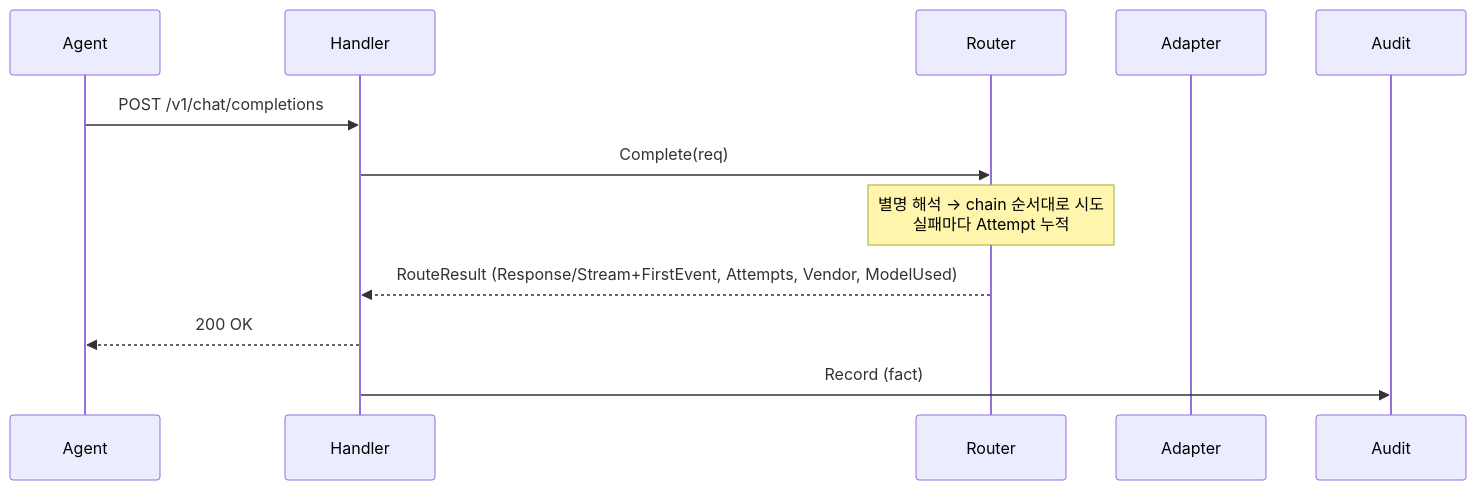
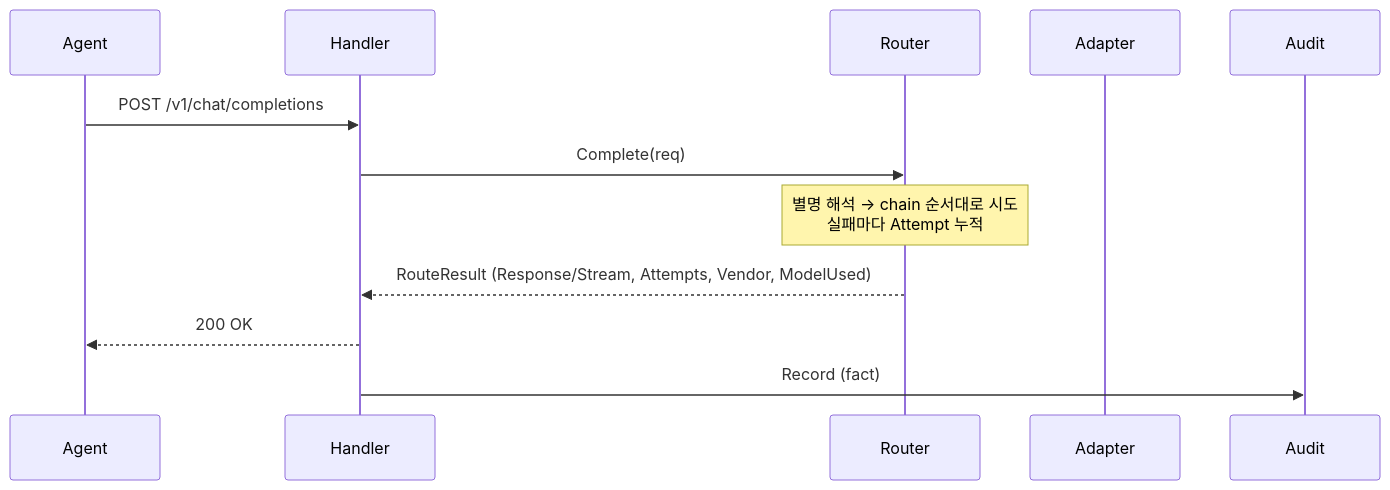
The second of 2 diagrams in docs/architecture.md (cagojeiger/llmgate), drawn with Mermaid before and after one commit. The commit also changed other lines of this file and 5 other files, not shown here.

Commit message:
Add ADRs 003-007 and link from architecture.md

````diff
--- a/docs/architecture.md
+++ b/docs/architecture.md
@@ -112,15 +117,15 @@
 ```mermaid
 sequenceDiagram
     participant A as Agent
     participant H as Handler
     participant R as Router
     participant P as Adapter
     participant Au as Audit
 
     A->>H: POST /v1/chat/completions
     H->>R: Complete(req)
     Note over R: 별명 해석 → chain 순서대로 시도<br/>실패마다 Attempt 누적
-    R-->>H: RouteResult (Response/Stream+FirstEvent, Attempts, Vendor, ModelUsed)
+    R-->>H: RouteResult (Response/Stream, Attempts, Vendor, ModelUsed)
     H-->>A: 200 OK
     H->>Au: Record (fact)
 ```
````
